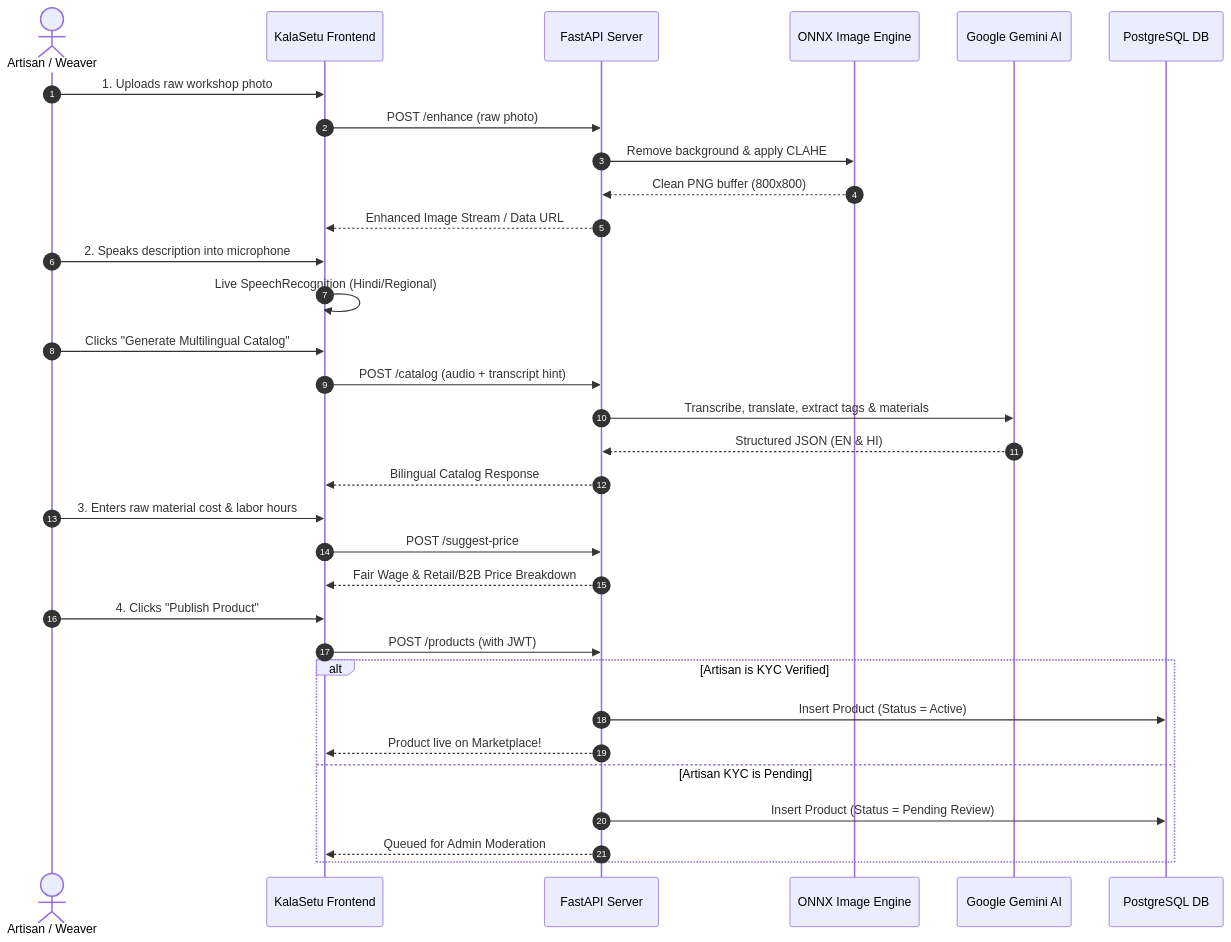
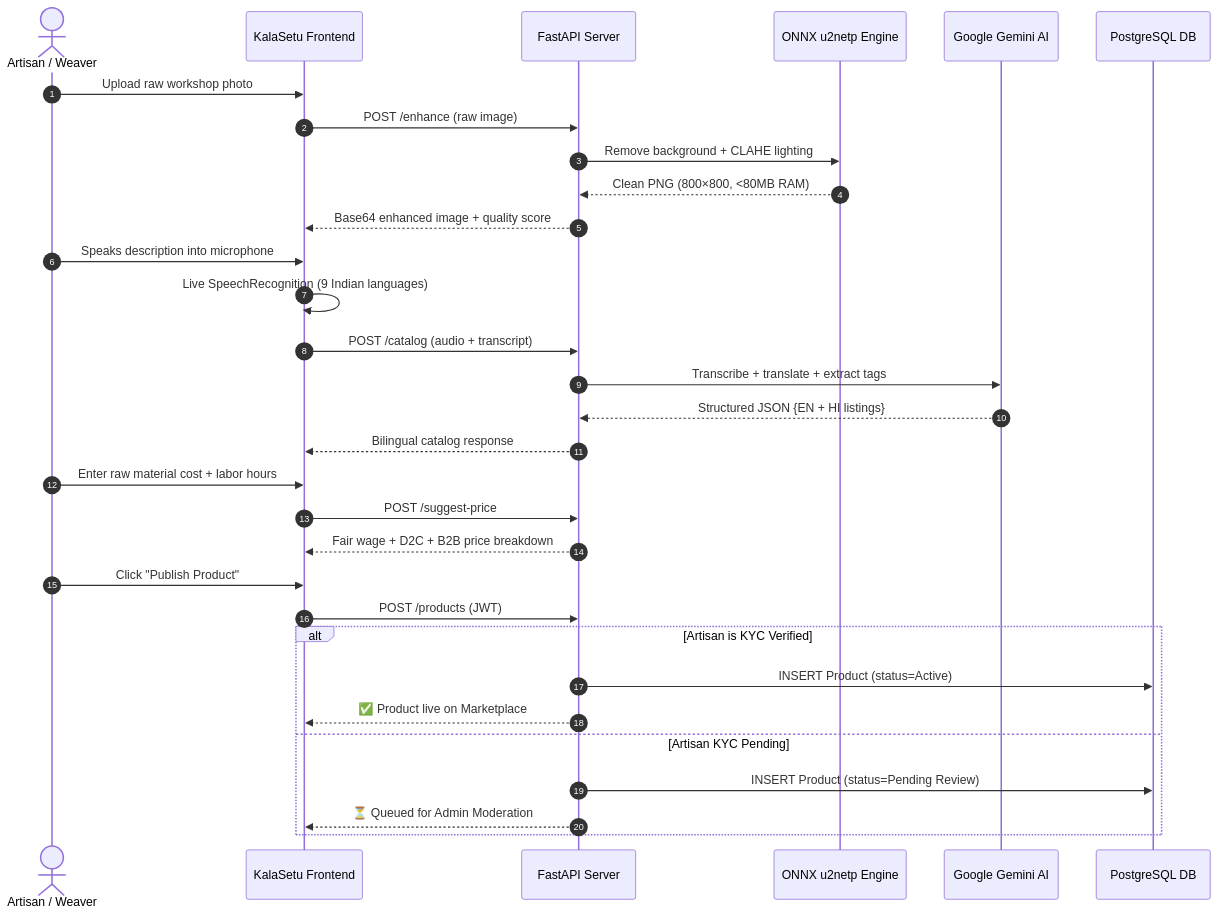
Before and after one commit to SIH090-Kala-Setu/Kala-Setu: the third of 5 diagrams in README.md, drawn with Mermaid. The commit also changed other lines of this file, not shown here.

````diff
--- a/README.md
+++ b/README.md
@@ -156,38 +378,37 @@
 ```mermaid
 sequenceDiagram
     autonumber
     actor Artisan as Artisan / Weaver
     participant App as KalaSetu Frontend
     participant Backend as FastAPI Server
-    participant ONNX as ONNX Image Engine
+    participant ONNX as ONNX u2netp Engine
     participant Gemini as Google Gemini AI
     participant DB as PostgreSQL DB
 
-    Artisan->>App: 1. Uploads raw workshop photo
-    App->>Backend: POST /enhance (raw photo)
-    Backend->>ONNX: Remove background & apply CLAHE
-    ONNX-->>Backend: Clean PNG buffer (800x800)
-    Backend-->>App: Enhanced Image Stream / Data URL
-    
-    Artisan->>App: 2. Speaks description into microphone
-    App->>App: Live SpeechRecognition (Hindi/Regional)
-    Artisan->>App: Clicks "Generate Multilingual Catalog"
-    App->>Backend: POST /catalog (audio + transcript hint)
-    Backend->>Gemini: Transcribe, translate, extract tags & materials
-    Gemini-->>Backend: Structured JSON (EN & HI)
-    Backend-->>App: Bilingual Catalog Response
-    
-    Artisan->>App: 3. Enters raw material cost & labor hours
+    Artisan->>App: Upload raw workshop photo
+    App->>Backend: POST /enhance (raw image)
+    Backend->>ONNX: Remove background + CLAHE lighting
+    ONNX-->>Backend: Clean PNG (800×800, <80MB RAM)
+    Backend-->>App: Base64 enhanced image + quality score
+
+    Artisan->>App: Speaks description into microphone
+    App->>App: Live SpeechRecognition (9 Indian languages)
+    App->>Backend: POST /catalog (audio + transcript)
+    Backend->>Gemini: Transcribe + translate + extract tags
+    Gemini-->>Backend: Structured JSON {EN + HI listings}
+    Backend-->>App: Bilingual catalog response
+
+    Artisan->>App: Enter raw material cost + labor hours
     App->>Backend: POST /suggest-price
-    Backend-->>App: Fair Wage & Retail/B2B Price Breakdown
-    
-    Artisan->>App: 4. Clicks "Publish Product"
-    App->>Backend: POST /products (with JWT)
+    Backend-->>App: Fair wage + D2C + B2B price breakdown
+
+    Artisan->>App: Click "Publish Product"
+    App->>Backend: POST /products (JWT)
     alt Artisan is KYC Verified
-        Backend->>DB: Insert Product (Status = Active)
-        Backend-->>App: Product live on Marketplace!
-    else Artisan KYC is Pending
-        Backend->>DB: Insert Product (Status = Pending Review)
-        Backend-->>App: Queued for Admin Moderation
+        Backend->>DB: INSERT Product (status=Active)
+        Backend-->>App: ✅ Product live on Marketplace
+    else Artisan KYC Pending
+        Backend->>DB: INSERT Product (status=Pending Review)
+        Backend-->>App: ⏳ Queued for Admin Moderation
     end
 ```
````
